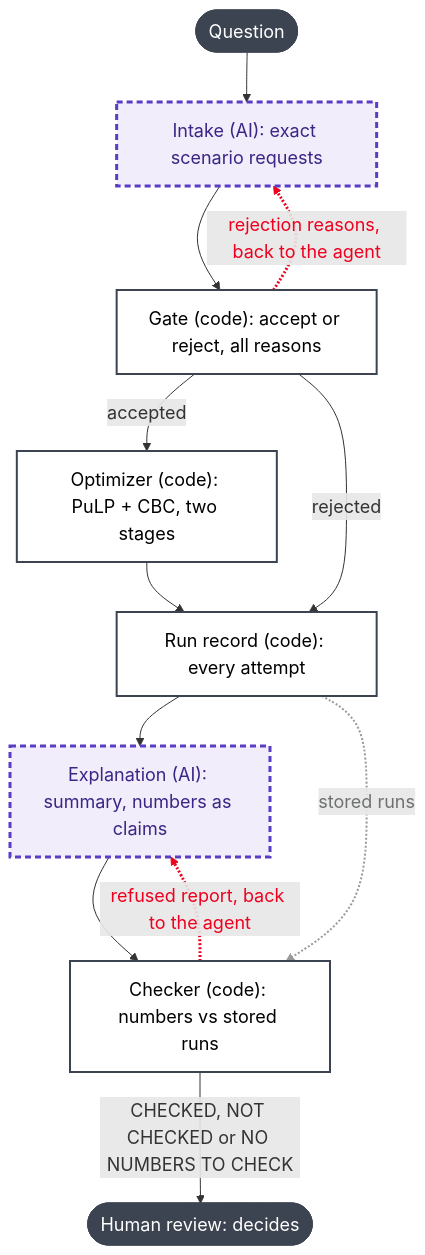
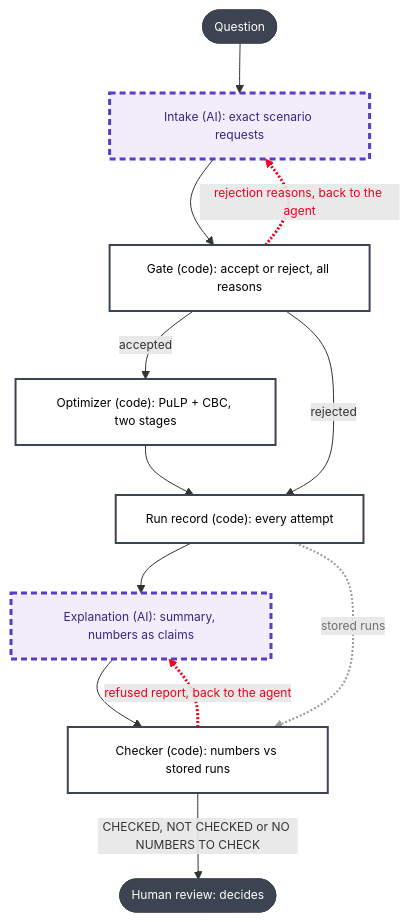
One commit to ChuLion/happy_toad changed the first of 2 diagrams in README.md. Above: the diagram before and after it, drawn with Mermaid.

Commit message:
Update font size in architecture diagram in README
simple font size change to 12 from 18

````diff
--- a/README.md
+++ b/README.md
@@ -19,25 +19,25 @@
 ```mermaid
-%%{init: {"themeVariables": {"fontSize": "18px"}}}%%
+%%{init: {"themeVariables": {"fontSize": "12px"}}}%%
 flowchart TD
     accTitle: How an answer is made
     accDescr: A question goes to Intake (AI), then the Gate (code). Accepted requests go to the Optimizer (code); every attempt is stored in the Run record (code). Explanation (AI) writes a summary with numbers as claims, and the Checker (code) compares them with the stored runs before a person reviews the labelled answer. Rejections and refused reports go back to the agent.
     Q([Question]) --> I["Intake (AI): exact scenario requests"]
     I --> G["Gate (code): accept or reject, all reasons"]
     G -->|accepted| O["Optimizer (code): PuLP + CBC, two stages"]
     G -->|rejected| R
     O --> R["Run record (code): every attempt"]
     R --> E["Explanation (AI): summary, numbers as claims"]
     E --> C["Checker (code): numbers vs stored runs"]
     C -->|CHECKED, NOT CHECKED or NO NUMBERS TO CHECK| H(["Human review: decides"])
     G -. rejection reasons, back to the agent .-> I
     C -. refused report, back to the agent .-> E
     R -. stored runs .-> C
     classDef ai fill:#f1edfb,stroke:#5b3cc4,stroke-width:3px,stroke-dasharray:6 4,color:#3b2585
     classDef code fill:#ffffff,stroke:#3d4451,stroke-width:2px,color:#000000
     classDef person fill:#3d4451,stroke:#3d4451,color:#ffffff
     class I,E ai
     class G,O,R,C code
     class Q,H person
     linkStyle 8,9 stroke:#ee001e,stroke-width:3px,color:#ee001e
     linkStyle 10 stroke:#9a9a9a,stroke-width:2px,color:#6f7171
 ```
````
